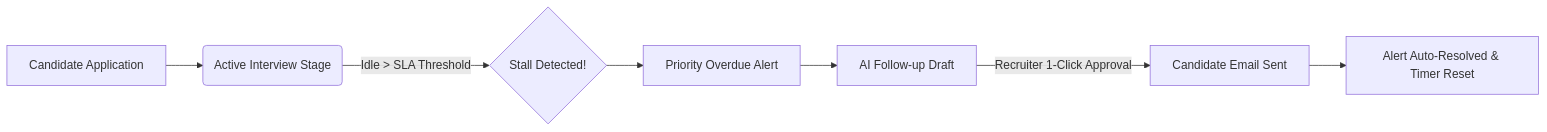
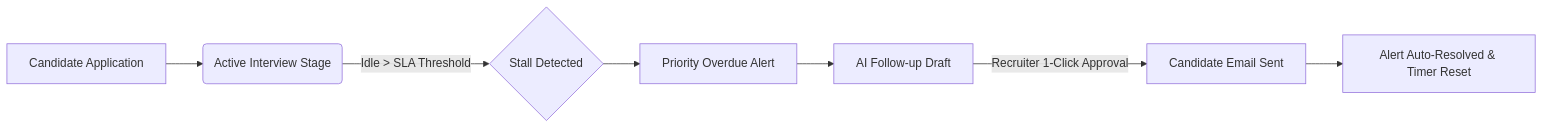
The first of 2 diagrams in docs/DIRECTIVE.md (ajayroll1/Stall_Alert), drawn with Mermaid before and after one commit. The commit also changed other lines of this file and 9 other files, not shown here.

````diff
--- a/docs/DIRECTIVE.md
+++ b/docs/DIRECTIVE.md
@@ -16,9 +16,9 @@
 ```mermaid
 flowchart LR
     A[Candidate Application] --> B(Active Interview Stage)
-    B -->|Idle > SLA Threshold| C{Stall Detected!}
+    B -->|Idle > SLA Threshold| C{Stall Detected}
     C --> D[Priority Overdue Alert]
     D --> E[AI Follow-up Draft]
     E -->|Recruiter 1-Click Approval| F[Candidate Email Sent]
     F --> G[Alert Auto-Resolved & Timer Reset]
 ```
````
